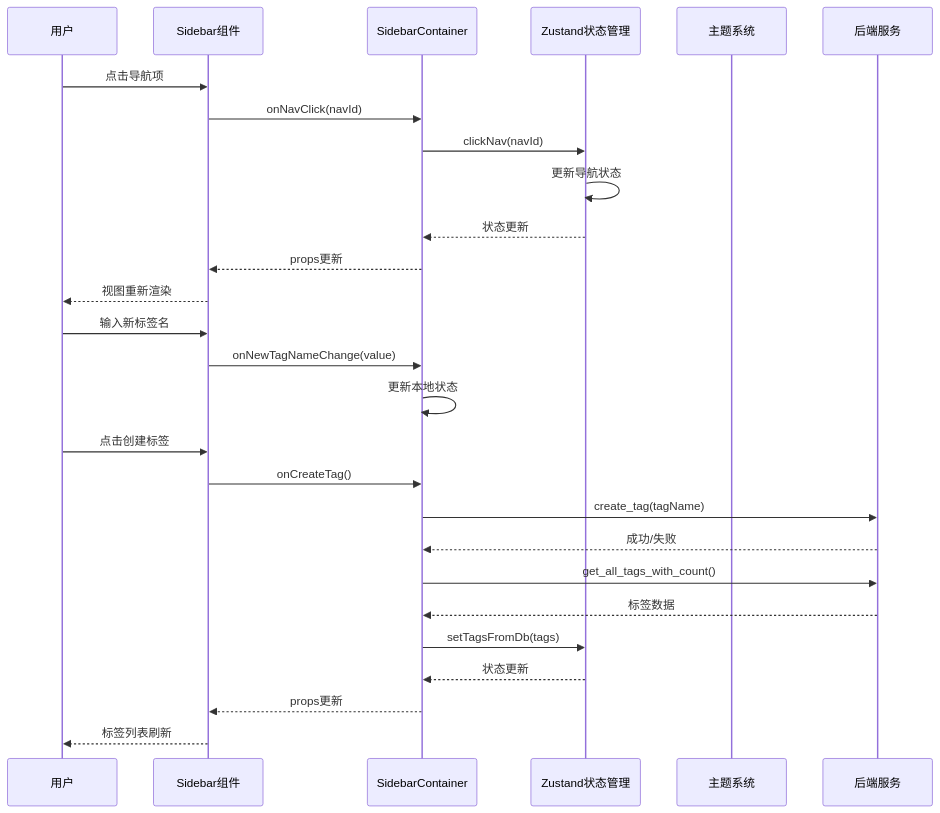
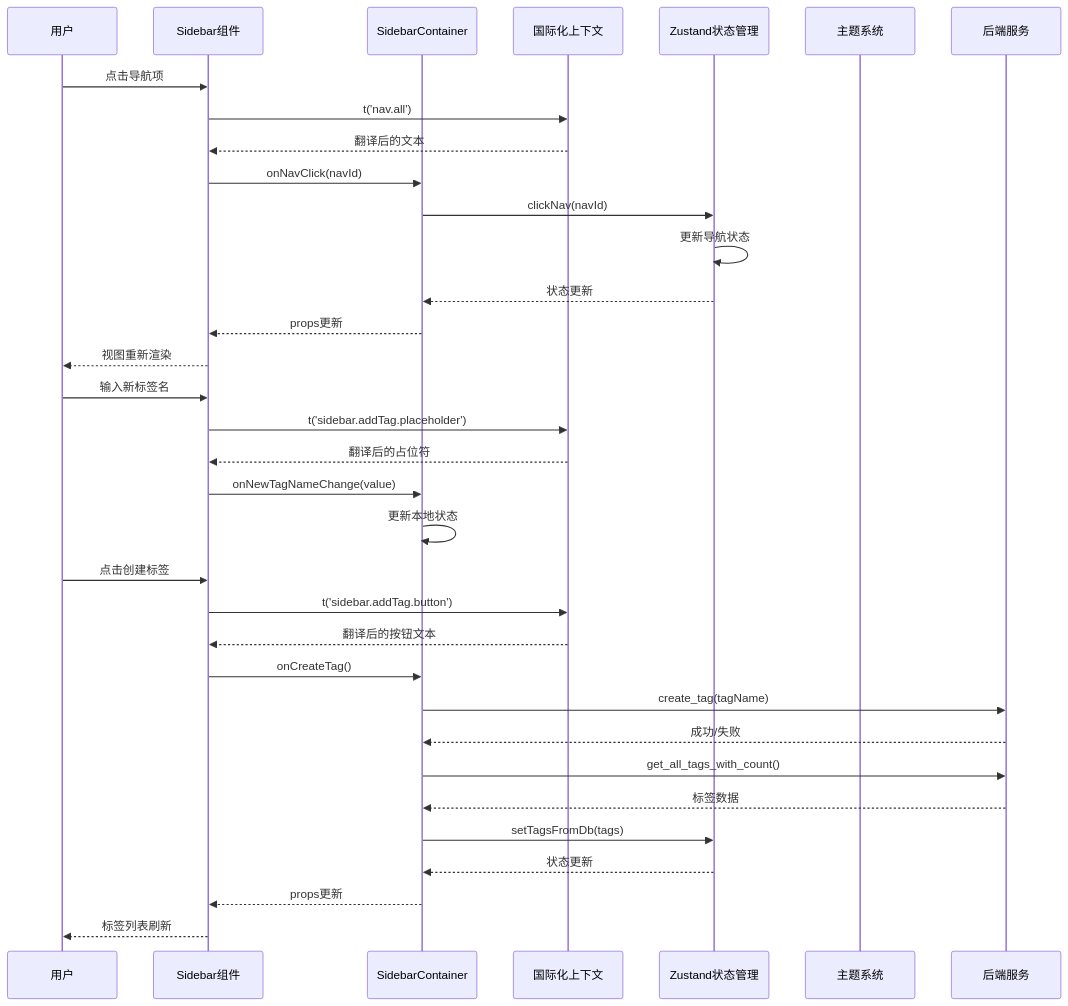
One commit to YLee9527/Medex changed the third of 13 diagrams in repowiki/zh/content/前端开发/UI 组件详解/侧边栏组件 (Sidebar).md. Above: the diagram before and after it, drawn with Mermaid. The commit also changed other lines of this file and 13 other files, not shown here.

````diff
--- a/repowiki/zh/content/前端开发/UI 组件详解/侧边栏组件 (Sidebar).md
+++ b/repowiki/zh/content/前端开发/UI 组件详解/侧边栏组件 (Sidebar).md
@@ -168,29 +197,36 @@
 ```mermaid
 sequenceDiagram
 participant User as 用户
 participant Sidebar as Sidebar组件
 participant Container as SidebarContainer
+participant I18n as 国际化上下文
 participant Store as Zustand状态管理
 participant Theme as 主题系统
 participant Backend as 后端服务
 User->>Sidebar : 点击导航项
+Sidebar->>I18n : t('nav.all')
+I18n-->>Sidebar : 翻译后的文本
 Sidebar->>Container : onNavClick(navId)
 Container->>Store : clickNav(navId)
 Store->>Store : 更新导航状态
 Store-->>Container : 状态更新
 Container-->>Sidebar : props更新
 Sidebar-->>User : 视图重新渲染
 User->>Sidebar : 输入新标签名
+Sidebar->>I18n : t('sidebar.addTag.placeholder')
+I18n-->>Sidebar : 翻译后的占位符
 Sidebar->>Container : onNewTagNameChange(value)
 Container->>Container : 更新本地状态
 User->>Sidebar : 点击创建标签
+Sidebar->>I18n : t('sidebar.addTag.button')
+I18n-->>Sidebar : 翻译后的按钮文本
 Sidebar->>Container : onCreateTag()
 Container->>Backend : create_tag(tagName)
 Backend-->>Container : 成功/失败
 Container->>Backend : get_all_tags_with_count()
 Backend-->>Container : 标签数据
 Container->>Store : setTagsFromDb(tags)
 Store-->>Container : 状态更新
 Container-->>Sidebar : props更新
 Sidebar-->>User : 标签列表刷新
 ```
````
